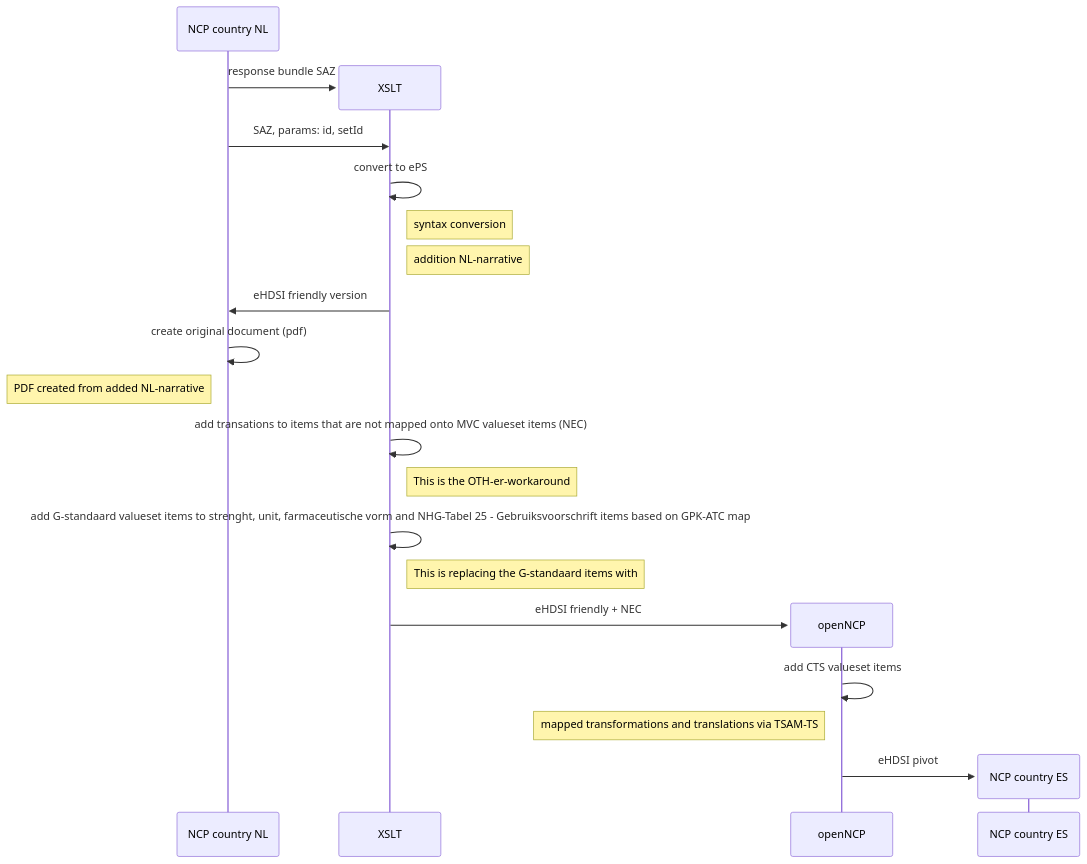
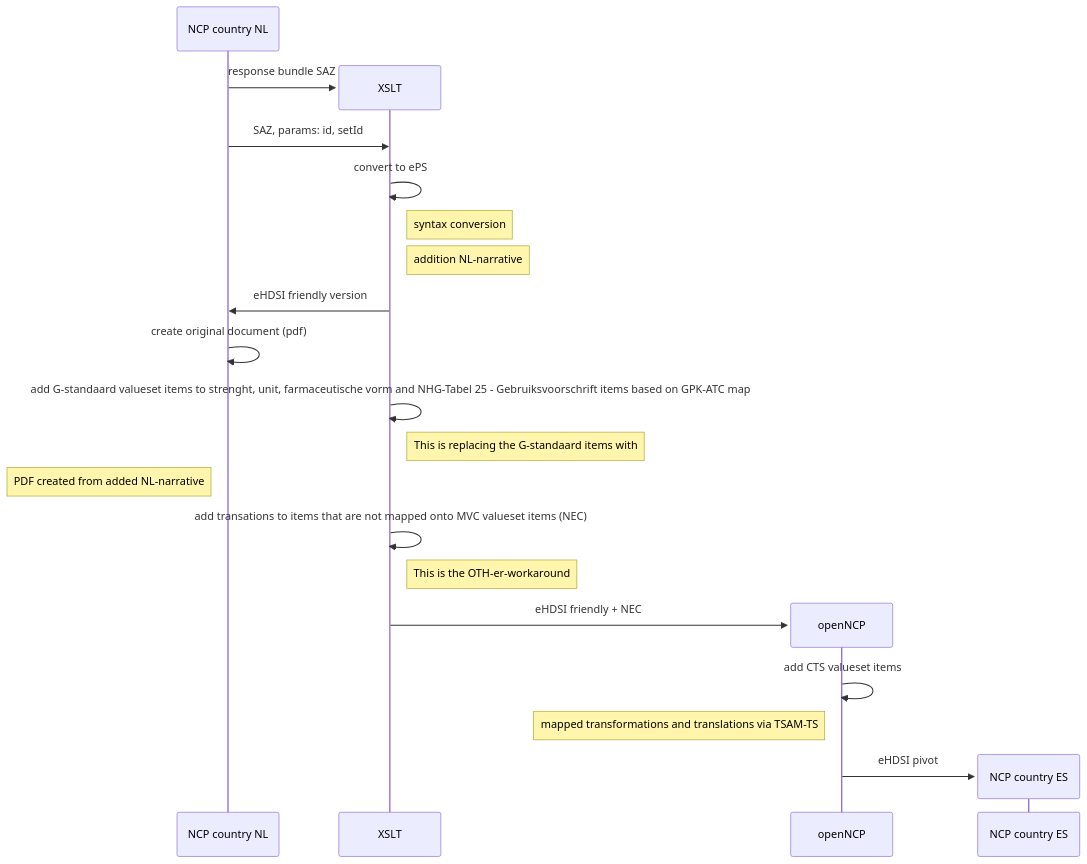
The diagram in nieuw.md (Nictiz/ncp-conversie), drawn with Mermaid before and after one commit. The commit also changed other lines of this file, not shown here.

````diff
--- a/nieuw.md
+++ b/nieuw.md
@@ -2,31 +2,31 @@
 ```mermaid
 sequenceDiagram
 
   participant A as NCP country NL
  
 create participant XSLT
 
  
     A->>XSLT: response bundle SAZ
 
     A->>XSLT: SAZ, params: id, setId
   
     XSLT->>XSLT: convert to ePS
 Note right of XSLT: syntax conversion
 Note right of XSLT: addition NL-narrative
 
     XSLT->>A: eHDSI friendly version
     A->>A: create original document (pdf)
+XSLT->>XSLT: add G-standaard valueset items to strenght, unit, farmaceutische vorm and NHG-Tabel 25 - Gebruiksvoorschrift items based on GPK-ATC map
+Note right of XSLT: This is replacing the G-standaard items with 
 Note left of A: PDF created from added NL-narrative
     XSLT->>XSLT: add transations to items that are not mapped onto MVC valueset items (NEC)
 Note right of XSLT: This is the OTH-er-workaround
-XSLT->>XSLT: add G-standaard valueset items to strenght, unit, farmaceutische vorm and NHG-Tabel 25 - Gebruiksvoorschrift items based on GPK-ATC map
-Note right of XSLT: This is replacing the G-standaard items with 
   create participant openNCP
     XSLT->>openNCP: eHDSI friendly + NEC 
    openNCP->>openNCP: add CTS valueset items
 Note left of openNCP: mapped transformations and translations via TSAM-TS
 create participant NCP country ES
     openNCP->> NCP country ES: eHDSI pivot
 
 ```
````
